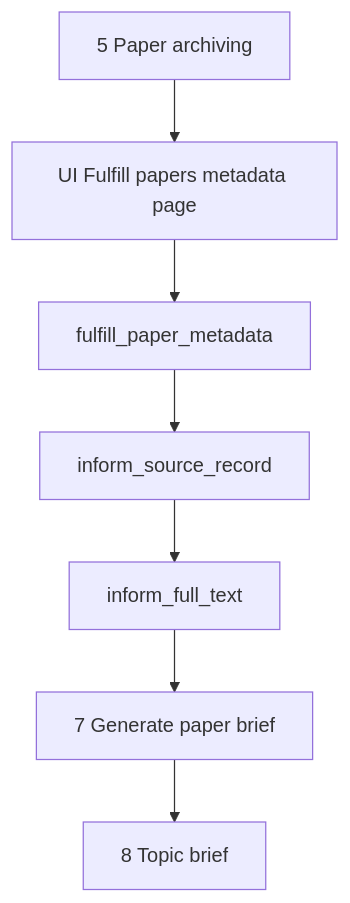
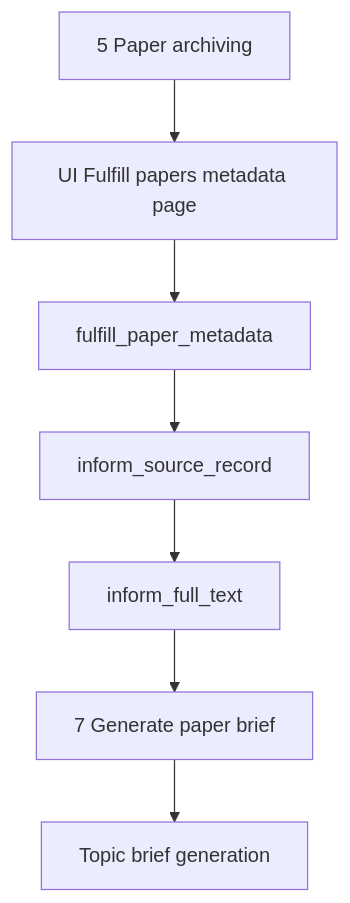
One commit to GustavoRusso/paper-reviewer changed the first of 2 diagrams in docs/specs/2.2.2-fulfill-papers-metadata.md. Above: the diagram before and after it, drawn with Mermaid. The commit also changed other lines of this file and 17 other files, not shown here.

Commit message:
renamed docs and code to rename the "4-topic-brief.md" step to "4-topic-brief-generation.md"

````diff
--- a/docs/specs/2.2.2-fulfill-papers-metadata.md
+++ b/docs/specs/2.2.2-fulfill-papers-metadata.md
@@ -65,16 +65,16 @@
 ```mermaid
 flowchart TB
   archive[5 Paper archiving]
   ui[UI Fulfill papers metadata page]
   orch[fulfill_paper_metadata]
   srcRec[inform_source_record]
   fullTxt[inform_full_text]
   briefStep[7 Generate paper brief]
-  topic[8 Topic brief]
+  topic[Topic brief generation]
   archive --> ui
   ui --> orch
   orch --> srcRec
   srcRec --> fullTxt
   fullTxt --> briefStep
   briefStep --> topic
 ```
````
